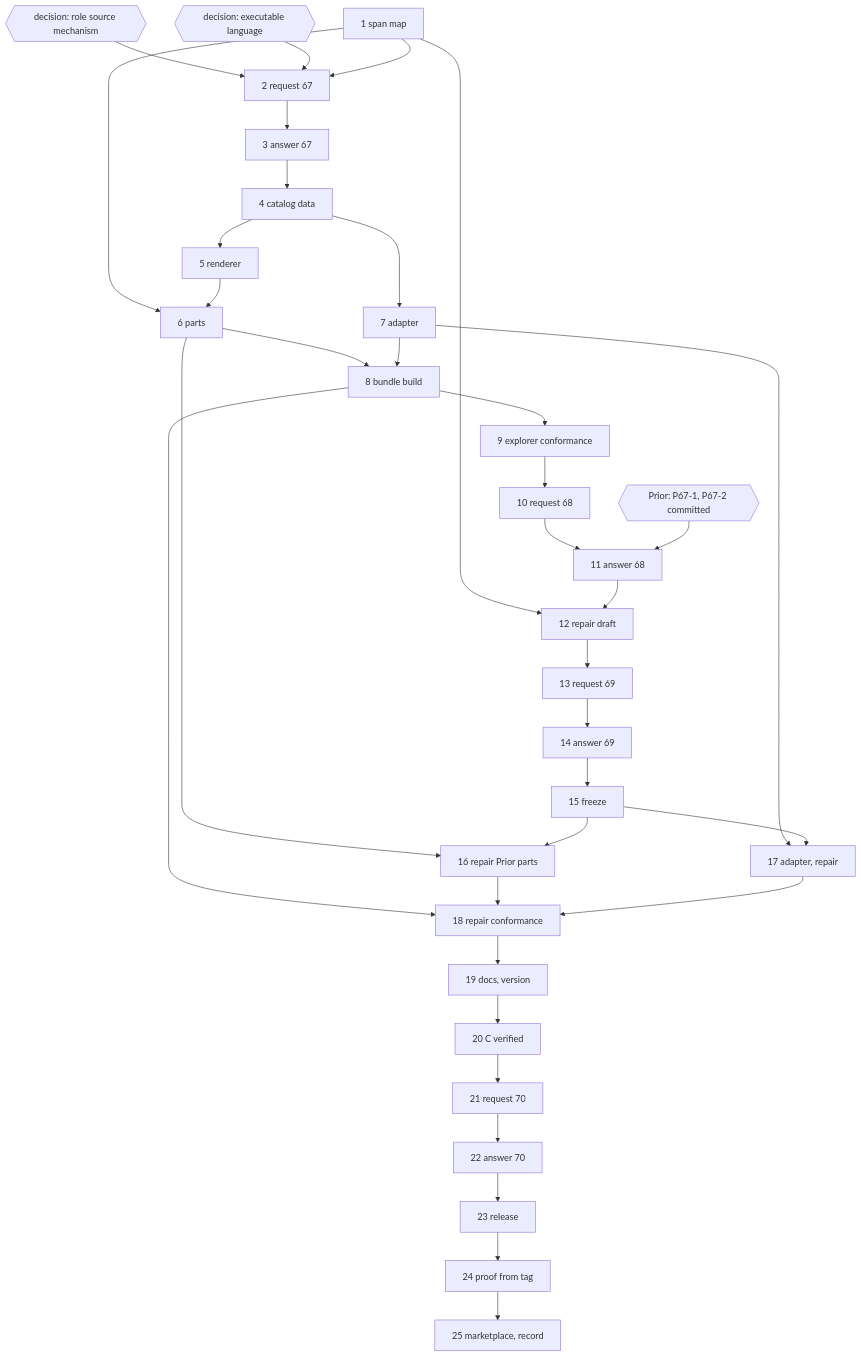
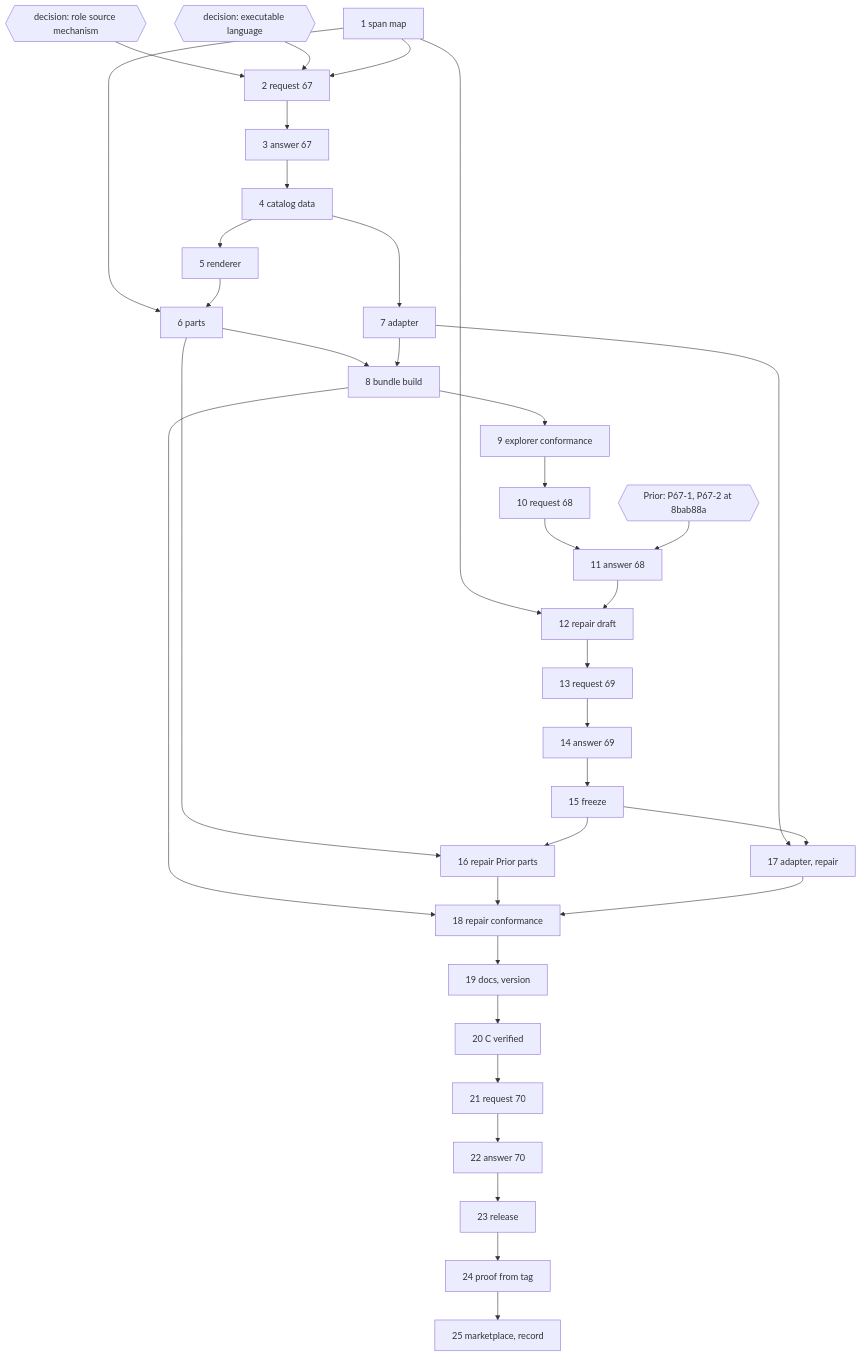
Before and after one commit to tenzoki/fusion: the second of 2 diagrams in fusion-workbench/work-packages/261008-1215-fusion-as-an-external-prior-module-bundle/plans/261010-1235-plan-fusion-prior-module-bundle-explorer-then-four-role-repair.md, drawn with Mermaid. The commit also changed other lines of this file and 3 other files, not shown here.

````diff
--- a/fusion-workbench/work-packages/261008-1215-fusion-as-an-external-prior-module-bundle/plans/261010-1235-plan-fusion-prior-module-bundle-explorer-then-four-role-repair.md
+++ b/fusion-workbench/work-packages/261008-1215-fusion-as-an-external-prior-module-bundle/plans/261010-1235-plan-fusion-prior-module-bundle-explorer-then-four-role-repair.md
@@ -245,37 +243,37 @@
 ```mermaid
 flowchart TD
   D1{{"decision: role source mechanism"}} --> S2
   D2{{"decision: executable language"}} --> S2
   S1["1 span map"] --> S2["2 request 67"]
   S2 --> S3["3 answer 67"]
   S3 --> S4["4 catalog data"]
   S4 --> S5["5 renderer"]
   S1 --> S6["6 parts"]
   S5 --> S6
   S4 --> S7["7 adapter"]
   S6 --> S8["8 bundle build"]
   S7 --> S8
   S8 --> S9["9 explorer conformance"]
   S9 --> S10["10 request 68"]
   S10 --> S11["11 answer 68"]
-  P67{{"Prior: P67-1, P67-2 committed"}} --> S11
+  P67{{"Prior: P67-1, P67-2 at 8bab88a"}} --> S11
   S1 --> S12["12 repair draft"]
   S11 --> S12
   S12 --> S13["13 request 69"]
   S13 --> S14["14 answer 69"]
   S14 --> S15["15 freeze"]
   S6 --> S16["16 repair Prior parts"]
   S15 --> S16
   S7 --> S17["17 adapter, repair"]
   S15 --> S17
   S8 --> S18["18 repair conformance"]
   S16 --> S18
   S17 --> S18
   S18 --> S19["19 docs, version"]
   S19 --> S20["20 C verified"]
   S20 --> S21["21 request 70"]
   S21 --> S22["22 answer 70"]
   S22 --> S23["23 release"]
   S23 --> S24["24 proof from tag"]
   S24 --> S25["25 marketplace, record"]
 ```
````
